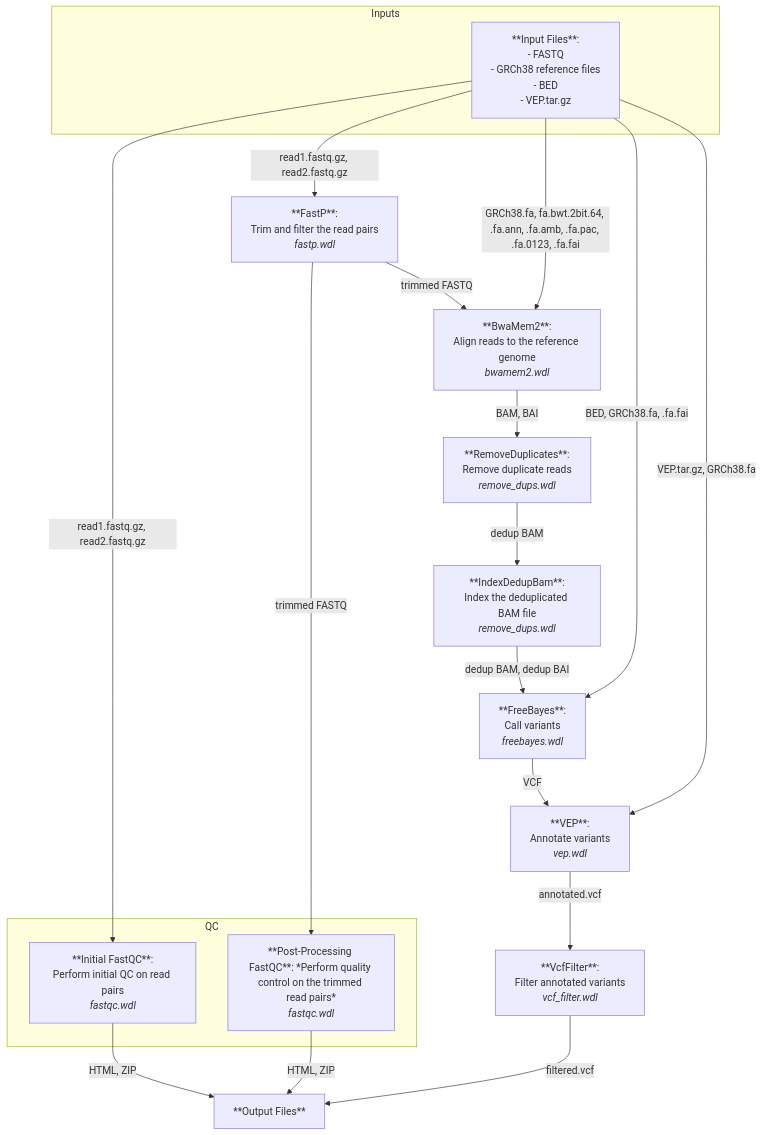
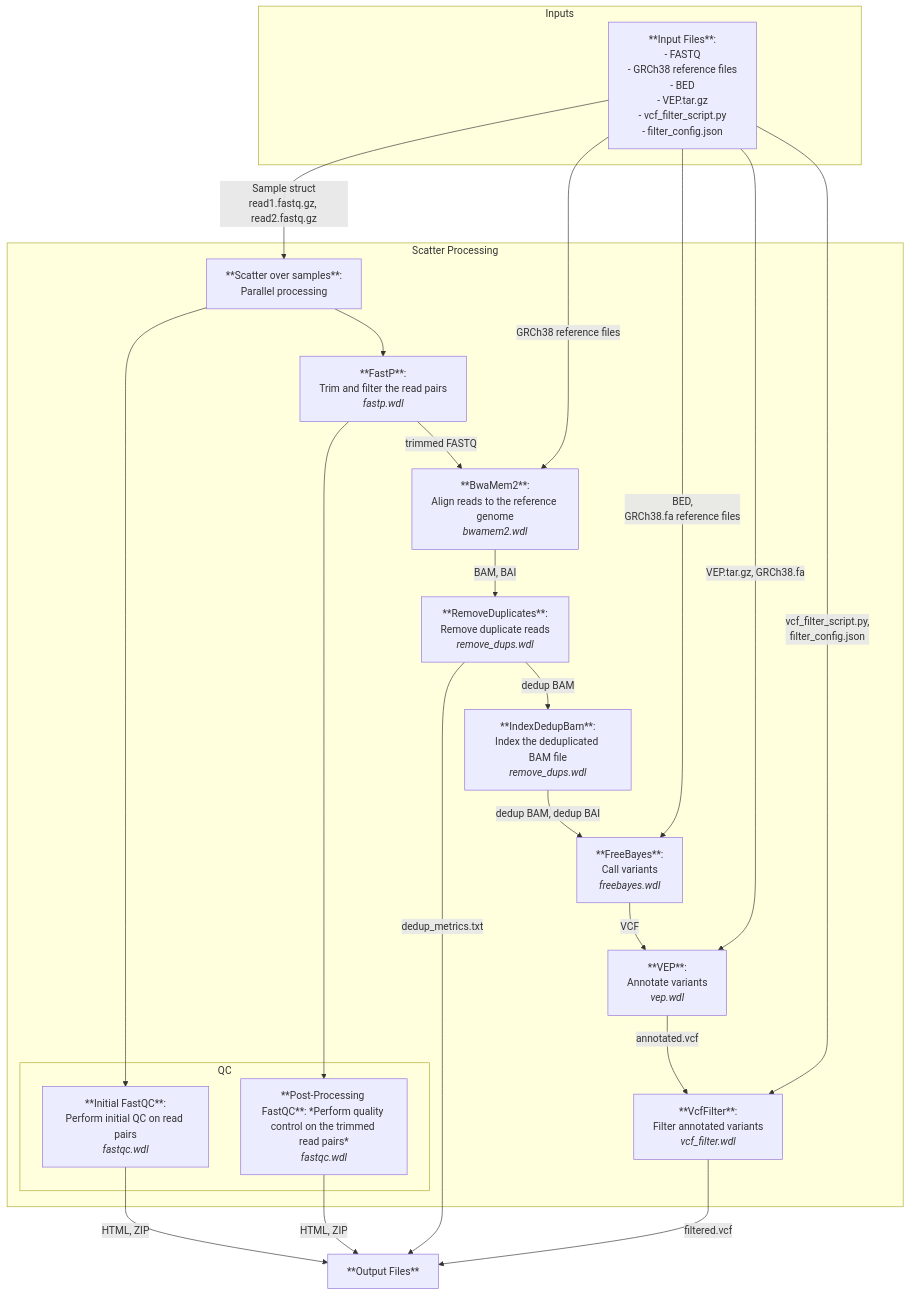
Before and after one commit to RobM687/software_mini_project: the diagram in README.md, drawn with Mermaid. The commit also changed other lines of this file, not shown here.

Commit message:
Updated README.md to reflect pipeline updates

````diff
--- a/README.md
+++ b/README.md
@@ -16,30 +18,44 @@
 ```mermaid
  
 graph TD
-    A[**Input Files**: <br>- FASTQ<br>- GRCh38 reference files<br>- BED<br>- VEP.tar.gz]
-    A -->|read1.fastq.gz, read2.fastq.gz| B[**Initial FastQC**:<br>Perform initial QC on read pairs<br><i>fastqc.wdl</i>]
-    A -->|read1.fastq.gz, read2.fastq.gz| C[**FastP**:<br>Trim and filter the read pairs<br><i>fastp.wdl</i>]
-    D[**Post-Processing FastQC**: *Perform quality control on the trimmed read pairs*<br><i>fastqc.wdl</i>]
-    C -->|trimmed FASTQ| D
-    A -->|GRCh38.fa, fa.bwt.2bit.64, .fa.ann, .fa.amb, .fa.pac, .fa.0123, .fa.fai| E[**BwaMem2**:<br>Align reads to the reference genome<br><i>bwamem2.wdl</i>]
-    C -->|trimmed FASTQ| E
+    A[**Input Files**: <br>- FASTQ<br>- GRCh38 reference files<br>- BED<br>- VEP.tar.gz<br>- vcf_filter_script.py<br>- filter_config.json]
+    A -->|Sample struct<br>read1.fastq.gz, read2.fastq.gz| S[**Scatter over samples**:<br>Parallel processing]
+    S --> B[**Initial FastQC**:<br>Perform initial QC on read pairs<br><i>fastqc.wdl</i>]
+    S --> C[**FastP**:<br>Trim and filter the read pairs<br><i>fastp.wdl</i>]
+    C --> D[**Post-Processing FastQC**: *Perform quality control on the trimmed read pairs*<br><i>fastqc.wdl</i>]
+    C -->|trimmed FASTQ| E[**BwaMem2**:<br>Align reads to the reference genome<br><i>bwamem2.wdl</i>]
+    A -->|GRCh38 reference files| E
     E -->|BAM, BAI| F[**RemoveDuplicates**:<br>Remove duplicate reads<br><i>remove_dups.wdl</i>]
     F -->|dedup BAM| G[**IndexDedupBam**:<br>Index the deduplicated BAM file<br><i>remove_dups.wdl</i>]
-    A -->|BED, GRCh38.fa, .fa.fai| H[**FreeBayes**:<br>Call variants<br><i>freebayes.wdl</i>]
-    G -->|dedup BAM, dedup BAI| H
-    A -->|VEP.tar.gz, GRCh38.fa| I[**VEP**:<br>Annotate variants<br><i>vep.wdl</i>]
-    H -->|VCF| I
+    G --> |dedup BAM, dedup BAI| H[**FreeBayes**:<br>Call variants<br><i>freebayes.wdl</i>]
+    A -->|BED, <br>GRCh38.fa reference files| H
+    H -->|VCF| I[**VEP**:<br>Annotate variants<br><i>vep.wdl</i>]
+    A -->|VEP.tar.gz, GRCh38.fa| I
     I -->|annotated.vcf| J[**VcfFilter**:<br>Filter annotated variants<br><i>vcf_filter.wdl</i>]
-    B -->|HTML, ZIP| K
+    A -->|vcf_filter_script.py, <br>filter_config.json| J
+    B -->|HTML, ZIP| K[**Output Files**]
     D -->|HTML, ZIP| K
-    J -->|filtered.vcf| K[**Output Files**]
+    F -->|dedup_metrics.txt| K
+    J -->|filtered.vcf| K
 
     subgraph Inputs
         A
     end
 
-    subgraph QC
-        B
-        D
+    subgraph Scatter Processing
+        S
+        C
+        E
+        F
+        G
+        H
+        I
+        J
+
+        subgraph QC
+           B
+           D
+        end
+        
     end  
 ```
````
